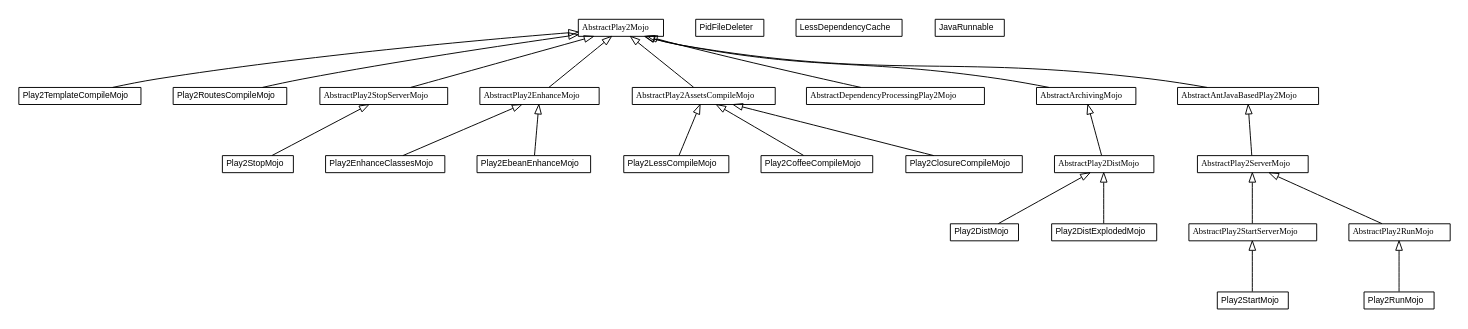
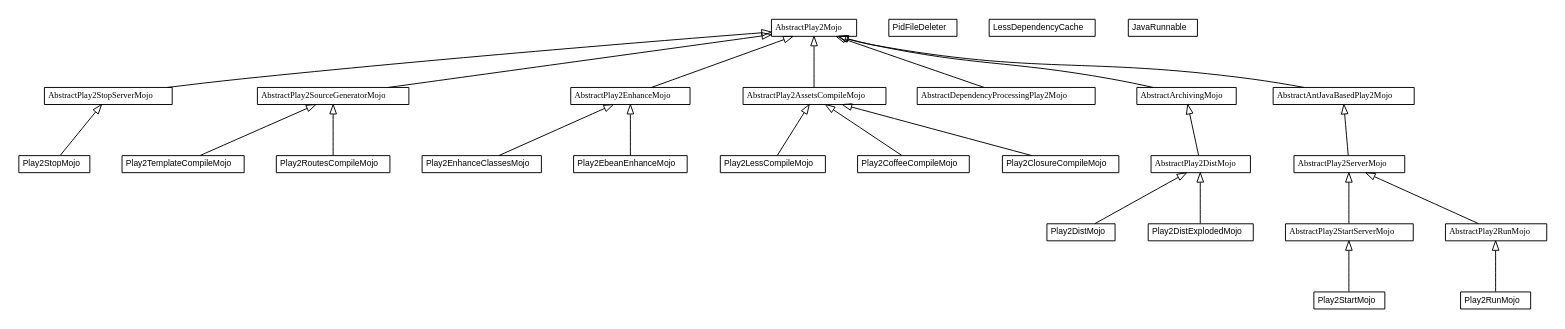
One commit to play2-maven-plugin/play2-maven-plugin.github.io changed the diagram in play2-maven-plugin/1.0.0-beta5-SNAPSHOT/play2-maven-plugin/apidocs/com/google/code/play2/plugin/com.google.code.play2.plugin.dot. Above: the diagram before and after it, drawn with Graphviz. The commit also changed 445 other files, not shown here.

```diff
--- a/play2-maven-plugin/1.0.0-beta5-SNAPSHOT/play2-maven-plugin/apidocs/com/google/code/play2/plugin/com.google.code.play2.plugin.dot
+++ b/play2-maven-plugin/1.0.0-beta5-SNAPSHOT/play2-maven-plugin/apidocs/com/google/code/play2/plugin/com.google.code.play2.plugin.dot
@@ -105,108 +105,116 @@
 <tr><td align="center" balign="center"><font face="arial italic"> AbstractPlay2StartServerMojo </font></td></tr>
 		</table></td></tr>
 		</table>>, URL="./AbstractPlay2StartServerMojo.html", fontname="arial", fontcolor="black", fontsize=9.0];
+	// com.google.code.play2.plugin.AbstractPlay2SourceGeneratorMojo
+	c16 [label=<<table title="com.google.code.play2.plugin.AbstractPlay2SourceGeneratorMojo" border="0" cellborder="1" cellspacing="0" cellpadding="2" port="p" href="./AbstractPlay2SourceGeneratorMojo.html">
+		<tr><td><table border="0" cellspacing="0" cellpadding="1">
+<tr><td align="center" balign="center"><font face="arial italic"> AbstractPlay2SourceGeneratorMojo </font></td></tr>
+		</table></td></tr>
+		</table>>, URL="./AbstractPlay2SourceGeneratorMojo.html", fontname="arial", fontcolor="black", fontsize=9.0];
 	// com.google.code.play2.plugin.AbstractPlay2ServerMojo
-	c16 [label=<<table title="com.google.code.play2.plugin.AbstractPlay2ServerMojo" border="0" cellborder="1" cellspacing="0" cellpadding="2" port="p" href="./AbstractPlay2ServerMojo.html">
+	c17 [label=<<table title="com.google.code.play2.plugin.AbstractPlay2ServerMojo" border="0" cellborder="1" cellspacing="0" cellpadding="2" port="p" href="./AbstractPlay2ServerMojo.html">
 		<tr><td><table border="0" cellspacing="0" cellpadding="1">
 <tr><td align="center" balign="center"><font face="arial italic"> AbstractPlay2ServerMojo </font></td></tr>
 		</table></td></tr>
 		</table>>, URL="./AbstractPlay2ServerMojo.html", fontname="arial", fontcolor="black", fontsize=9.0];
 	// com.google.code.play2.plugin.AbstractPlay2RunMojo
-	c17 [label=<<table title="com.google.code.play2.plugin.AbstractPlay2RunMojo" border="0" cellborder="1" cellspacing="0" cellpadding="2" port="p" href="./AbstractPlay2RunMojo.html">
+	c18 [label=<<table title="com.google.code.play2.plugin.AbstractPlay2RunMojo" border="0" cellborder="1" cellspacing="0" cellpadding="2" port="p" href="./AbstractPlay2RunMojo.html">
 		<tr><td><table border="0" cellspacing="0" cellpadding="1">
 <tr><td align="center" balign="center"><font face="arial italic"> AbstractPlay2RunMojo </font></td></tr>
 		</table></td></tr>
 		</table>>, URL="./AbstractPlay2RunMojo.html", fontname="arial", fontcolor="black", fontsize=9.0];
 	// com.google.code.play2.plugin.AbstractPlay2Mojo
-	c18 [label=<<table title="com.google.code.play2.plugin.AbstractPlay2Mojo" border="0" cellborder="1" cellspacing="0" cellpadding="2" port="p" href="./AbstractPlay2Mojo.html">
+	c19 [label=<<table title="com.google.code.play2.plugin.AbstractPlay2Mojo" border="0" cellborder="1" cellspacing="0" cellpadding="2" port="p" href="./AbstractPlay2Mojo.html">
 		<tr><td><table border="0" cellspacing="0" cellpadding="1">
 <tr><td align="center" balign="center"><font face="arial italic"> AbstractPlay2Mojo </font></td></tr>
 		</table></td></tr>
 		</table>>, URL="./AbstractPlay2Mojo.html", fontname="arial", fontcolor="black", fontsize=9.0];
 	// com.google.code.play2.plugin.AbstractPlay2EnhanceMojo
-	c19 [label=<<table title="com.google.code.play2.plugin.AbstractPlay2EnhanceMojo" border="0" cellborder="1" cellspacing="0" cellpadding="2" port="p" href="./AbstractPlay2EnhanceMojo.html">
+	c20 [label=<<table title="com.google.code.play2.plugin.AbstractPlay2EnhanceMojo" border="0" cellborder="1" cellspacing="0" cellpadding="2" port="p" href="./AbstractPlay2EnhanceMojo.html">
 		<tr><td><table border="0" cellspacing="0" cellpadding="1">
 <tr><td align="center" balign="center"><font face="arial italic"> AbstractPlay2EnhanceMojo </font></td></tr>
 		</table></td></tr>
 		</table>>, URL="./AbstractPlay2EnhanceMojo.html", fontname="arial", fontcolor="black", fontsize=9.0];
 	// com.google.code.play2.plugin.AbstractPlay2DistMojo
-	c20 [label=<<table title="com.google.code.play2.plugin.AbstractPlay2DistMojo" border="0" cellborder="1" cellspacing="0" cellpadding="2" port="p" href="./AbstractPlay2DistMojo.html">
+	c21 [label=<<table title="com.google.code.play2.plugin.AbstractPlay2DistMojo" border="0" cellborder="1" cellspacing="0" cellpadding="2" port="p" href="./AbstractPlay2DistMojo.html">
 		<tr><td><table border="0" cellspacing="0" cellpadding="1">
 <tr><td align="center" balign="center"><font face="arial italic"> AbstractPlay2DistMojo </font></td></tr>
 		</table></td></tr>
 		</table>>, URL="./AbstractPlay2DistMojo.html", fontname="arial", fontcolor="black", fontsize=9.0];
 	// com.google.code.play2.plugin.AbstractPlay2AssetsCompileMojo
-	c21 [label=<<table title="com.google.code.play2.plugin.AbstractPlay2AssetsCompileMojo" border="0" cellborder="1" cellspacing="0" cellpadding="2" port="p" href="./AbstractPlay2AssetsCompileMojo.html">
+	c22 [label=<<table title="com.google.code.play2.plugin.AbstractPlay2AssetsCompileMojo" border="0" cellborder="1" cellspacing="0" cellpadding="2" port="p" href="./AbstractPlay2AssetsCompileMojo.html">
 		<tr><td><table border="0" cellspacing="0" cellpadding="1">
 <tr><td align="center" balign="center"><font face="arial italic"> AbstractPlay2AssetsCompileMojo </font></td></tr>
 		</table></td></tr>
 		</table>>, URL="./AbstractPlay2AssetsCompileMojo.html", fontname="arial", fontcolor="black", fontsize=9.0];
 	// com.google.code.play2.plugin.AbstractDependencyProcessingPlay2Mojo
-	c22 [label=<<table title="com.google.code.play2.plugin.AbstractDependencyProcessingPlay2Mojo" border="0" cellborder="1" cellspacing="0" cellpadding="2" port="p" href="./AbstractDependencyProcessingPlay2Mojo.html">
+	c23 [label=<<table title="com.google.code.play2.plugin.AbstractDependencyProcessingPlay2Mojo" border="0" cellborder="1" cellspacing="0" cellpadding="2" port="p" href="./AbstractDependencyProcessingPlay2Mojo.html">
 		<tr><td><table border="0" cellspacing="0" cellpadding="1">
 <tr><td align="center" balign="center"><font face="arial italic"> AbstractDependencyProcessingPlay2Mojo </font></td></tr>
 		</table></td></tr>
 		</table>>, URL="./AbstractDependencyProcessingPlay2Mojo.html", fontname="arial", fontcolor="black", fontsize=9.0];
 	// com.google.code.play2.plugin.AbstractArchivingMojo
-	c23 [label=<<table title="com.google.code.play2.plugin.AbstractArchivingMojo" border="0" cellborder="1" cellspacing="0" cellpadding="2" port="p" href="./AbstractArchivingMojo.html">
+	c24 [label=<<table title="com.google.code.play2.plugin.AbstractArchivingMojo" border="0" cellborder="1" cellspacing="0" cellpadding="2" port="p" href="./AbstractArchivingMojo.html">
 		<tr><td><table border="0" cellspacing="0" cellpadding="1">
 <tr><td align="center" balign="center"><font face="arial italic"> AbstractArchivingMojo </font></td></tr>
 		</table></td></tr>
 		</table>>, URL="./AbstractArchivingMojo.html", fontname="arial", fontcolor="black", fontsize=9.0];
 	// com.google.code.play2.plugin.AbstractAntJavaBasedPlay2Mojo
-	c24 [label=<<table title="com.google.code.play2.plugin.AbstractAntJavaBasedPlay2Mojo" border="0" cellborder="1" cellspacing="0" cellpadding="2" port="p" href="./AbstractAntJavaBasedPlay2Mojo.html">
+	c25 [label=<<table title="com.google.code.play2.plugin.AbstractAntJavaBasedPlay2Mojo" border="0" cellborder="1" cellspacing="0" cellpadding="2" port="p" href="./AbstractAntJavaBasedPlay2Mojo.html">
 		<tr><td><table border="0" cellspacing="0" cellpadding="1">
 <tr><td align="center" balign="center"><font face="arial italic"> AbstractAntJavaBasedPlay2Mojo </font></td></tr>
 		</table></td></tr>
 		</table>>, URL="./AbstractAntJavaBasedPlay2Mojo.html", fontname="arial", fontcolor="black", fontsize=9.0];
 	// com.google.code.play2.plugin.AbstractAntJavaBasedPlay2Mojo.JavaRunnable
-	c25 [label=<<table title="com.google.code.play2.plugin.AbstractAntJavaBasedPlay2Mojo.JavaRunnable" border="0" cellborder="1" cellspacing="0" cellpadding="2" port="p" href="./AbstractAntJavaBasedPlay2Mojo.JavaRunnable.html">
+	c26 [label=<<table title="com.google.code.play2.plugin.AbstractAntJavaBasedPlay2Mojo.JavaRunnable" border="0" cellborder="1" cellspacing="0" cellpadding="2" port="p" href="./AbstractAntJavaBasedPlay2Mojo.JavaRunnable.html">
 		<tr><td><table border="0" cellspacing="0" cellpadding="1">
 <tr><td align="center" balign="center"> JavaRunnable </td></tr>
 		</table></td></tr>
 		</table>>, URL="./AbstractAntJavaBasedPlay2Mojo.JavaRunnable.html", fontname="arial", fontcolor="black", fontsize=9.0];
-	//com.google.code.play2.plugin.Play2TemplateCompileMojo extends com.google.code.play2.plugin.AbstractPlay2Mojo
-	c18:p -> c0:p [dir=back,arrowtail=empty];
+	//com.google.code.play2.plugin.Play2TemplateCompileMojo extends com.google.code.play2.plugin.AbstractPlay2SourceGeneratorMojo
+	c16:p -> c0:p [dir=back,arrowtail=empty];
 	//com.google.code.play2.plugin.Play2StopMojo extends com.google.code.play2.plugin.AbstractPlay2StopServerMojo
 	c14:p -> c1:p [dir=back,arrowtail=empty];
 	//com.google.code.play2.plugin.Play2StartMojo extends com.google.code.play2.plugin.AbstractPlay2StartServerMojo
 	c15:p -> c2:p [dir=back,arrowtail=empty];
 	//com.google.code.play2.plugin.Play2RunMojo extends com.google.code.play2.plugin.AbstractPlay2RunMojo
-	c17:p -> c3:p [dir=back,arrowtail=empty];
-	//com.google.code.play2.plugin.Play2RoutesCompileMojo extends com.google.code.play2.plugin.AbstractPlay2Mojo
-	c18:p -> c4:p [dir=back,arrowtail=empty];
+	c18:p -> c3:p [dir=back,arrowtail=empty];
+	//com.google.code.play2.plugin.Play2RoutesCompileMojo extends com.google.code.play2.plugin.AbstractPlay2SourceGeneratorMojo
+	c16:p -> c4:p [dir=back,arrowtail=empty];
 	//com.google.code.play2.plugin.Play2LessCompileMojo extends com.google.code.play2.plugin.AbstractPlay2AssetsCompileMojo
-	c21:p -> c5:p [dir=back,arrowtail=empty];
+	c22:p -> c5:p [dir=back,arrowtail=empty];
 	//com.google.code.play2.plugin.Play2EnhanceClassesMojo extends com.google.code.play2.plugin.AbstractPlay2EnhanceMojo
-	c19:p -> c6:p [dir=back,arrowtail=empty];
+	c20:p -> c6:p [dir=back,arrowtail=empty];
 	//com.google.code.play2.plugin.Play2EbeanEnhanceMojo extends com.google.code.play2.plugin.AbstractPlay2EnhanceMojo
-	c19:p -> c7:p [dir=back,arrowtail=empty];
+	c20:p -> c7:p [dir=back,arrowtail=empty];
 	//com.google.code.play2.plugin.Play2DistMojo extends com.google.code.play2.plugin.AbstractPlay2DistMojo
-	c20:p -> c8:p [dir=back,arrowtail=empty];
+	c21:p -> c8:p [dir=back,arrowtail=empty];
 	//com.google.code.play2.plugin.Play2DistExplodedMojo extends com.google.code.play2.plugin.AbstractPlay2DistMojo
-	c20:p -> c9:p [dir=back,arrowtail=empty];
+	c21:p -> c9:p [dir=back,arrowtail=empty];
 	//com.google.code.play2.plugin.Play2CoffeeCompileMojo extends com.google.code.play2.plugin.AbstractPlay2AssetsCompileMojo
-	c21:p -> c10:p [dir=back,arrowtail=empty];
+	c22:p -> c10:p [dir=back,arrowtail=empty];
 	//com.google.code.play2.plugin.Play2ClosureCompileMojo extends com.google.code.play2.plugin.AbstractPlay2AssetsCompileMojo
-	c21:p -> c11:p [dir=back,arrowtail=empty];
+	c22:p -> c11:p [dir=back,arrowtail=empty];
 	//com.google.code.play2.plugin.AbstractPlay2StopServerMojo extends com.google.code.play2.plugin.AbstractPlay2Mojo
-	c18:p -> c14:p [dir=back,arrowtail=empty];
+	c19:p -> c14:p [dir=back,arrowtail=empty];
 	//com.google.code.play2.plugin.AbstractPlay2StartServerMojo extends com.google.code.play2.plugin.AbstractPlay2ServerMojo
-	c16:p -> c15:p [dir=back,arrowtail=empty];
+	c17:p -> c15:p [dir=back,arrowtail=empty];
+	//com.google.code.play2.plugin.AbstractPlay2SourceGeneratorMojo extends com.google.code.play2.plugin.AbstractPlay2Mojo
+	c19:p -> c16:p [dir=back,arrowtail=empty];
 	//com.google.code.play2.plugin.AbstractPlay2ServerMojo extends com.google.code.play2.plugin.AbstractAntJavaBasedPlay2Mojo
-	c24:p -> c16:p [dir=back,arrowtail=empty];
+	c25:p -> c17:p [dir=back,arrowtail=empty];
 	//com.google.code.play2.plugin.AbstractPlay2RunMojo extends com.google.code.play2.plugin.AbstractPlay2ServerMojo
-	c16:p -> c17:p [dir=back,arrowtail=empty];
+	c17:p -> c18:p [dir=back,arrowtail=empty];
 	//com.google.code.play2.plugin.AbstractPlay2EnhanceMojo extends com.google.code.play2.plugin.AbstractPlay2Mojo
-	c18:p -> c19:p [dir=back,arrowtail=empty];
+	c19:p -> c20:p [dir=back,arrowtail=empty];
 	//com.google.code.play2.plugin.AbstractPlay2DistMojo extends com.google.code.play2.plugin.AbstractArchivingMojo
-	c23:p -> c20:p [dir=back,arrowtail=empty];
+	c24:p -> c21:p [dir=back,arrowtail=empty];
 	//com.google.code.play2.plugin.AbstractPlay2AssetsCompileMojo extends com.google.code.play2.plugin.AbstractPlay2Mojo
-	c18:p -> c21:p [dir=back,arrowtail=empty];
+	c19:p -> c22:p [dir=back,arrowtail=empty];
 	//com.google.code.play2.plugin.AbstractDependencyProcessingPlay2Mojo extends com.google.code.play2.plugin.AbstractPlay2Mojo
-	c18:p -> c22:p [dir=back,arrowtail=empty];
+	c19:p -> c23:p [dir=back,arrowtail=empty];
 	//com.google.code.play2.plugin.AbstractArchivingMojo extends com.google.code.play2.plugin.AbstractPlay2Mojo
-	c18:p -> c23:p [dir=back,arrowtail=empty];
+	c19:p -> c24:p [dir=back,arrowtail=empty];
 	//com.google.code.play2.plugin.AbstractAntJavaBasedPlay2Mojo extends com.google.code.play2.plugin.AbstractPlay2Mojo
-	c18:p -> c24:p [dir=back,arrowtail=empty];
+	c19:p -> c25:p [dir=back,arrowtail=empty];
 }
```
